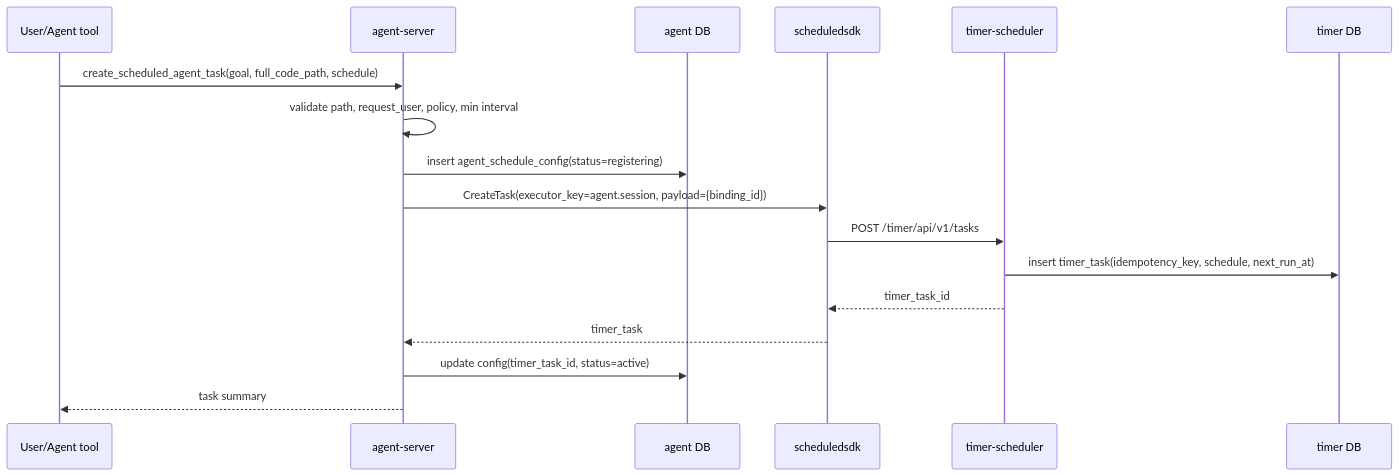
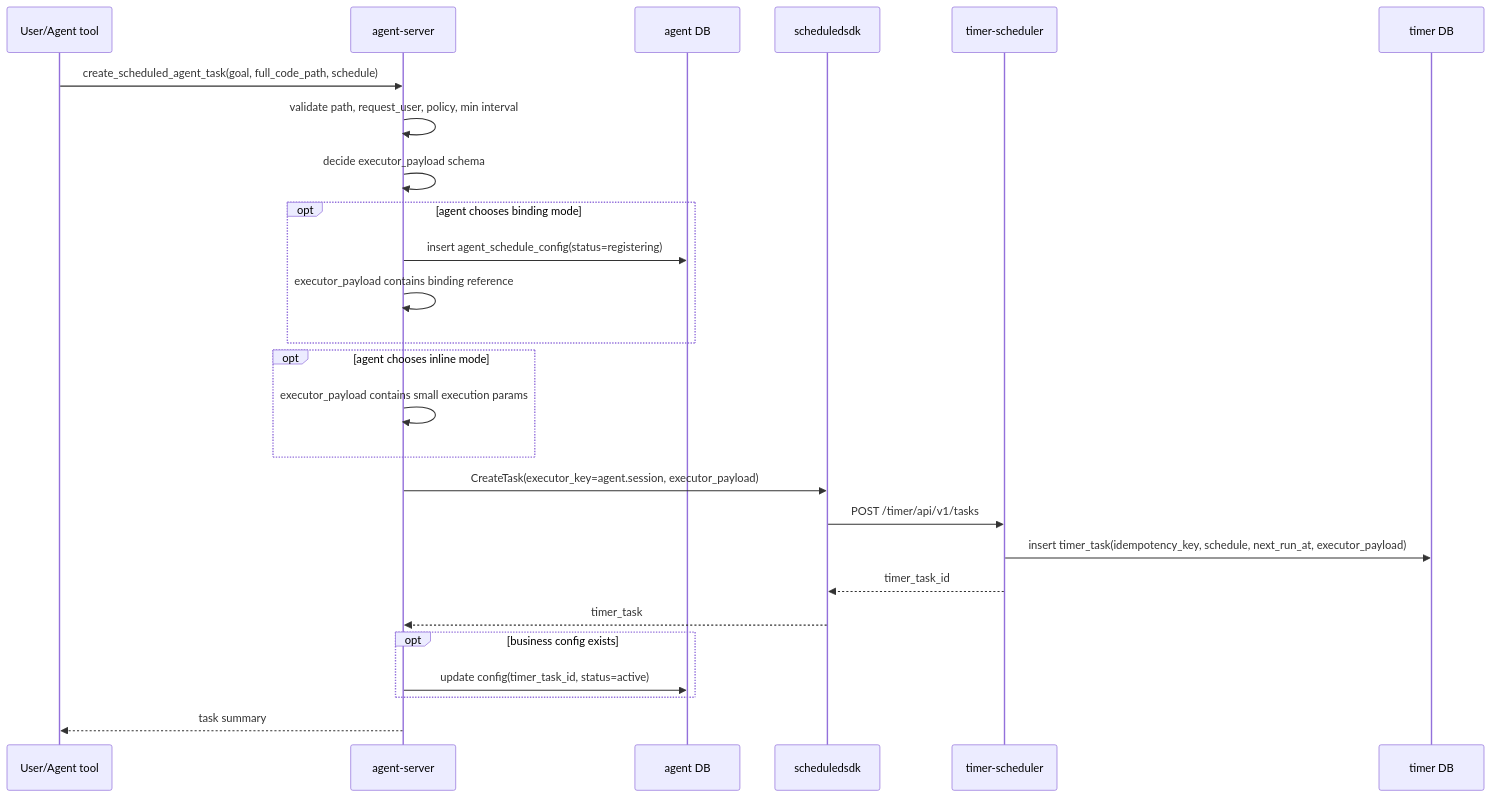
Before and after one commit to kageos/kageos: the sixth of 17 diagrams in docs/scheduled-tasks-architecture-design.md, drawn with Mermaid. The commit also changed other lines of this file, not shown here.

Commit message:
docs: clarify scheduler payload ownership

````diff
--- a/docs/scheduled-tasks-architecture-design.md
+++ b/docs/scheduled-tasks-architecture-design.md
@@ -242,20 +294,29 @@
 ```mermaid
 sequenceDiagram
   participant User as User/Agent tool
   participant Agent as agent-server
   participant AgentDB as agent DB
   participant SDK as scheduledsdk
   participant Timer as timer-scheduler
   participant TimerDB as timer DB
 
   User->>Agent: create_scheduled_agent_task(goal, full_code_path, schedule)
   Agent->>Agent: validate path, request_user, policy, min interval
-  Agent->>AgentDB: insert agent_schedule_config(status=registering)
-  Agent->>SDK: CreateTask(executor_key=agent.session, payload={binding_id})
+  Agent->>Agent: decide executor_payload schema
+  opt agent chooses binding mode
+    Agent->>AgentDB: insert agent_schedule_config(status=registering)
+    Agent->>Agent: executor_payload contains binding reference
+  end
+  opt agent chooses inline mode
+    Agent->>Agent: executor_payload contains small execution params
+  end
+  Agent->>SDK: CreateTask(executor_key=agent.session, executor_payload)
   SDK->>Timer: POST /timer/api/v1/tasks
-  Timer->>TimerDB: insert timer_task(idempotency_key, schedule, next_run_at)
+  Timer->>TimerDB: insert timer_task(idempotency_key, schedule, next_run_at, executor_payload)
   Timer-->>SDK: timer_task_id
   SDK-->>Agent: timer_task
-  Agent->>AgentDB: update config(timer_task_id, status=active)
+  opt business config exists
+    Agent->>AgentDB: update config(timer_task_id, status=active)
+  end
   Agent-->>User: task summary
 ```
````
